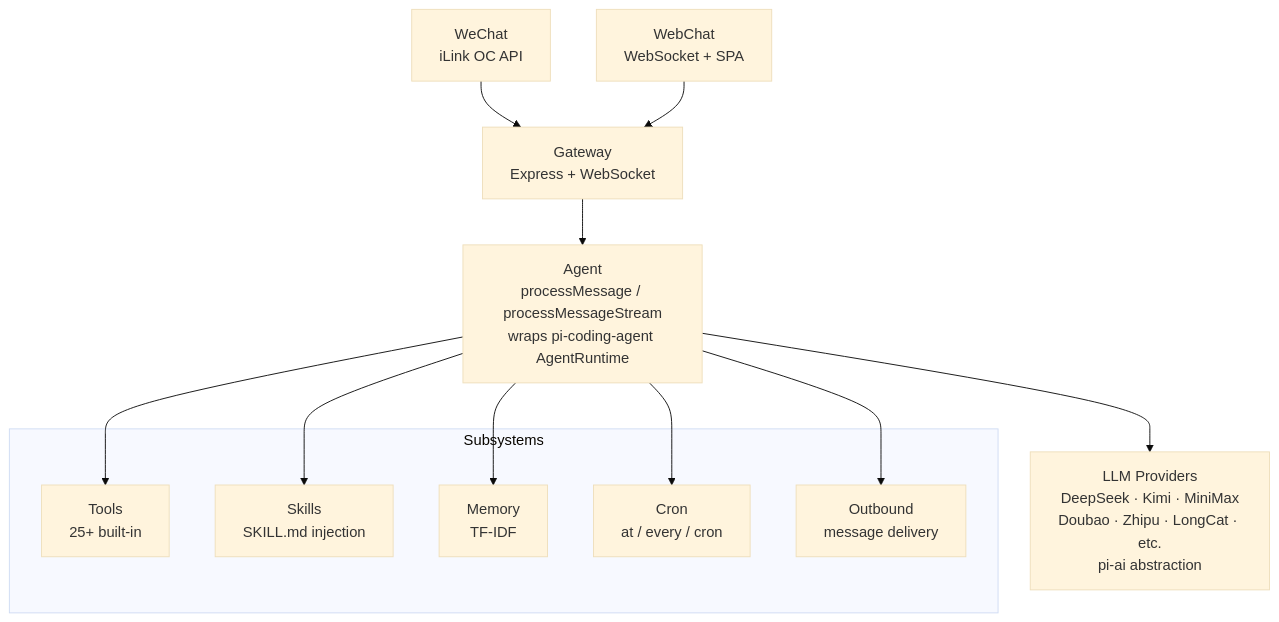
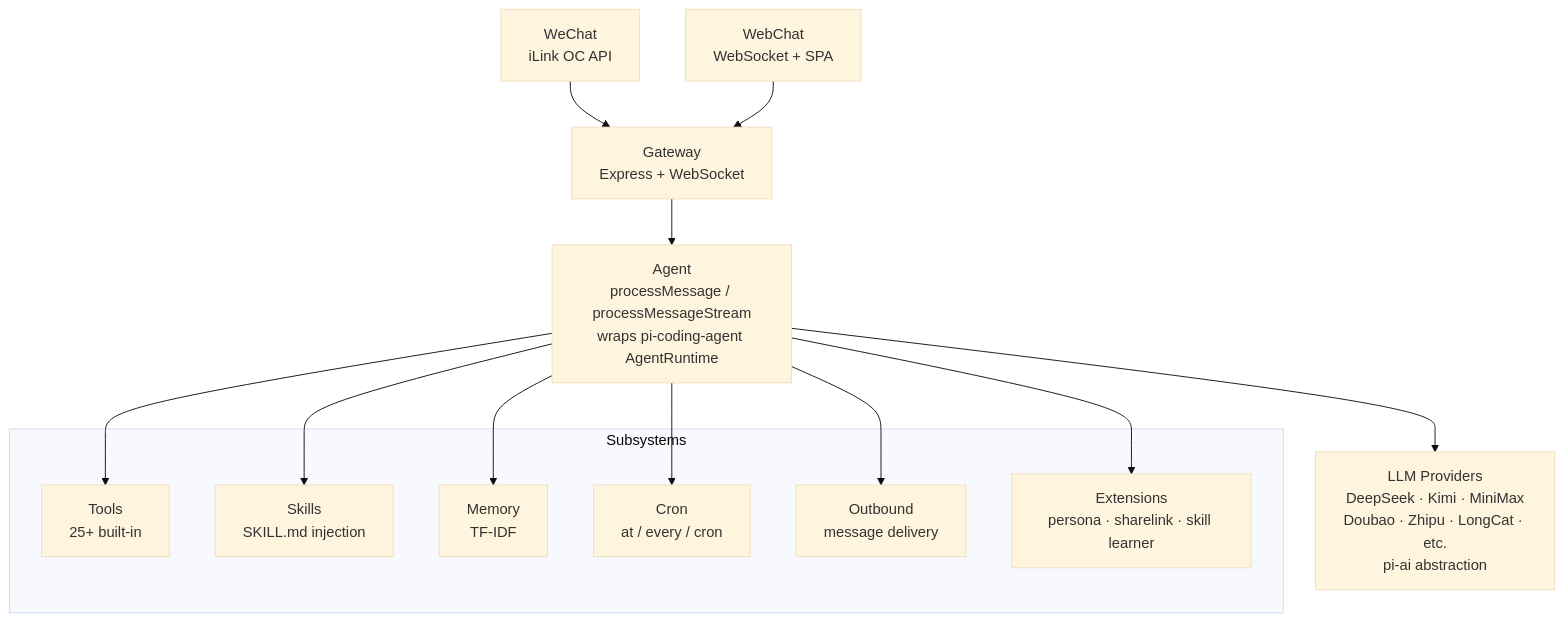
One commit to counhopig/vex-bot changed the diagram in README.md. Above: the diagram before and after it, drawn with Mermaid (base theme). The commit also changed other lines of this file and 6 other files, not shown here.

````diff
--- a/README.md
+++ b/README.md
@@ -30,23 +32,25 @@
 ```mermaid
 flowchart TD
     WX[WeChat<br/>iLink OC API] --> GW
     WC[WebChat<br/>WebSocket + SPA] --> GW
 
     GW[Gateway<br/>Express + WebSocket] --> AG
 
     AG[Agent<br/>processMessage / processMessageStream<br/>wraps pi-coding-agent AgentRuntime] --> TO
     AG --> SK
     AG --> ME
     AG --> CR
     AG --> OB
 
     subgraph Subsystems
         TO[Tools<br/>25+ built-in]
         SK[Skills<br/>SKILL.md injection]
         ME[Memory<br/>TF-IDF]
         CR[Cron<br/>at / every / cron]
         OB[Outbound<br/>message delivery]
+        EX[Extensions<br/>persona · sharelink · skill learner]
     end
 
     AG --> PR[LLM Providers<br/>DeepSeek · Kimi · MiniMax<br/>Doubao · Zhipu · LongCat · etc.<br/>pi-ai abstraction]
+    AG --> EX
 ```
````
